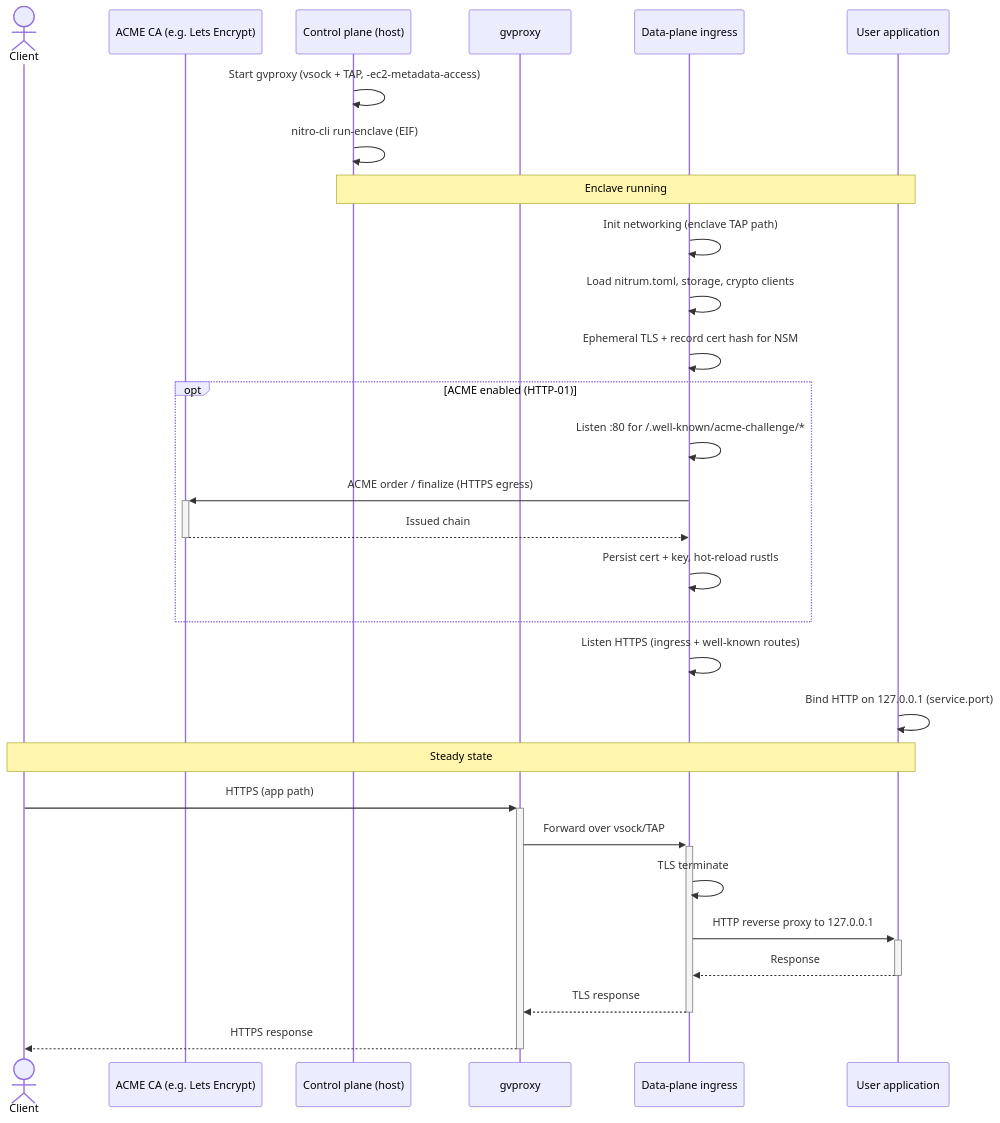
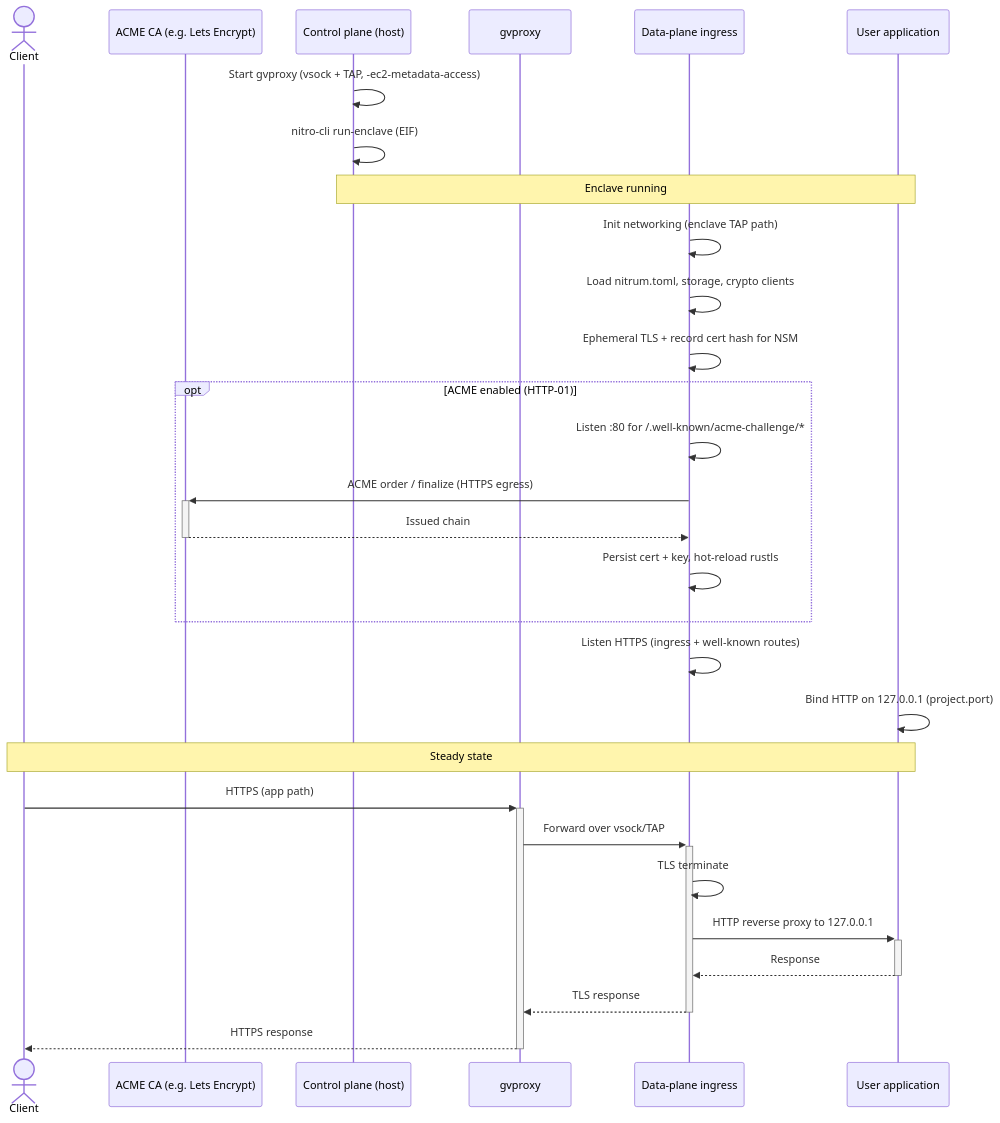
Before and after one commit to matzapata/nitrum: the fourth of 7 diagrams in docs/architecture.md, drawn with Mermaid. The commit also changed other lines of this file and 12 other files, not shown here.

````diff
--- a/docs/architecture.md
+++ b/docs/architecture.md
@@ -199,38 +199,38 @@
 ```mermaid
 sequenceDiagram
     actor client as Client
     participant le as ACME CA (e.g. Lets Encrypt)
     participant cp as Control plane (host)
     participant gv as gvproxy
     participant dp as Data-plane ingress
     participant app as User application
 
     cp->>cp: Start gvproxy (vsock + TAP, -ec2-metadata-access)
     cp->>cp: nitro-cli run-enclave (EIF)
 
     Note over cp,app: Enclave running
 
     dp->>dp: Init networking (enclave TAP path)
     dp->>dp: Load nitrum.toml, storage, crypto clients
     dp->>dp: Ephemeral TLS + record cert hash for NSM
 
     opt ACME enabled (HTTP-01)
         dp->>dp: Listen :80 for /.well-known/acme-challenge/*
         dp->>+le: ACME order / finalize (HTTPS egress)
         le-->>-dp: Issued chain
         dp->>dp: Persist cert + key, hot-reload rustls
     end
 
     dp->>dp: Listen HTTPS (ingress + well-known routes)
-    app->>app: Bind HTTP on 127.0.0.1 (service.port)
+    app->>app: Bind HTTP on 127.0.0.1 (project.port)
 
     Note over client,app: Steady state
 
     client->>+gv: HTTPS (app path)
     gv->>+dp: Forward over vsock/TAP
     dp->>dp: TLS terminate
     dp->>+app: HTTP reverse proxy to 127.0.0.1
     app-->>-dp: Response
     dp-->>-gv: TLS response
     gv-->>-client: HTTPS response
 ```
````
